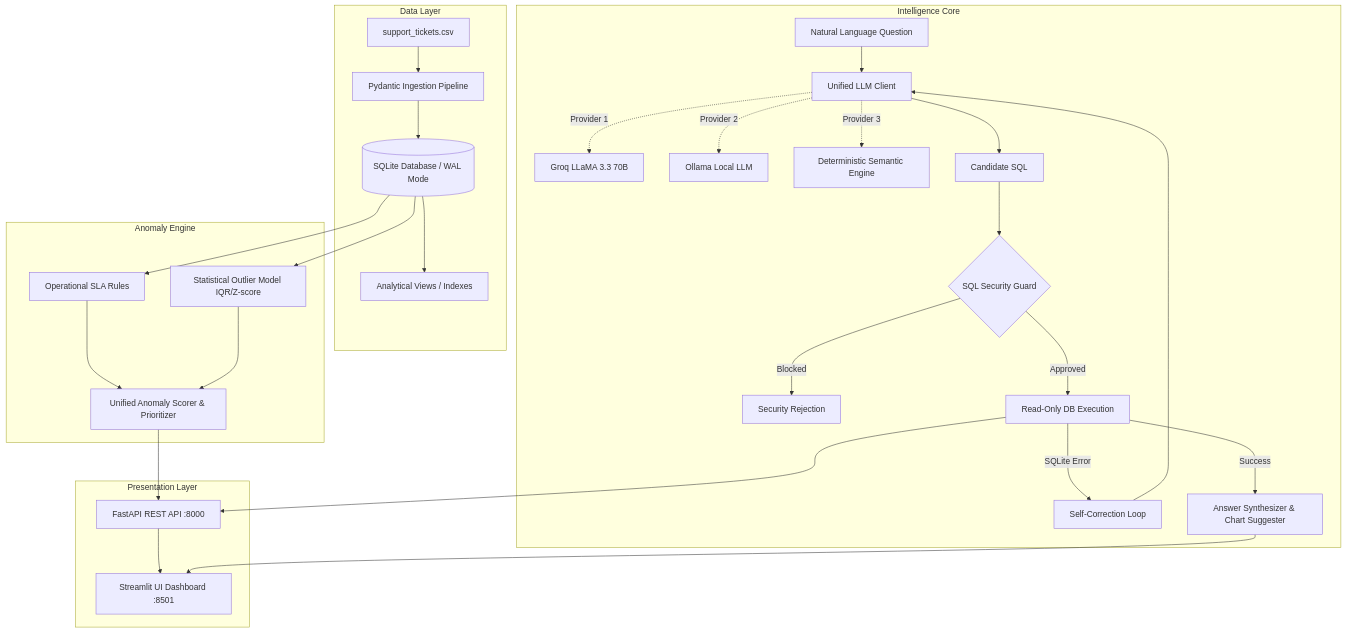
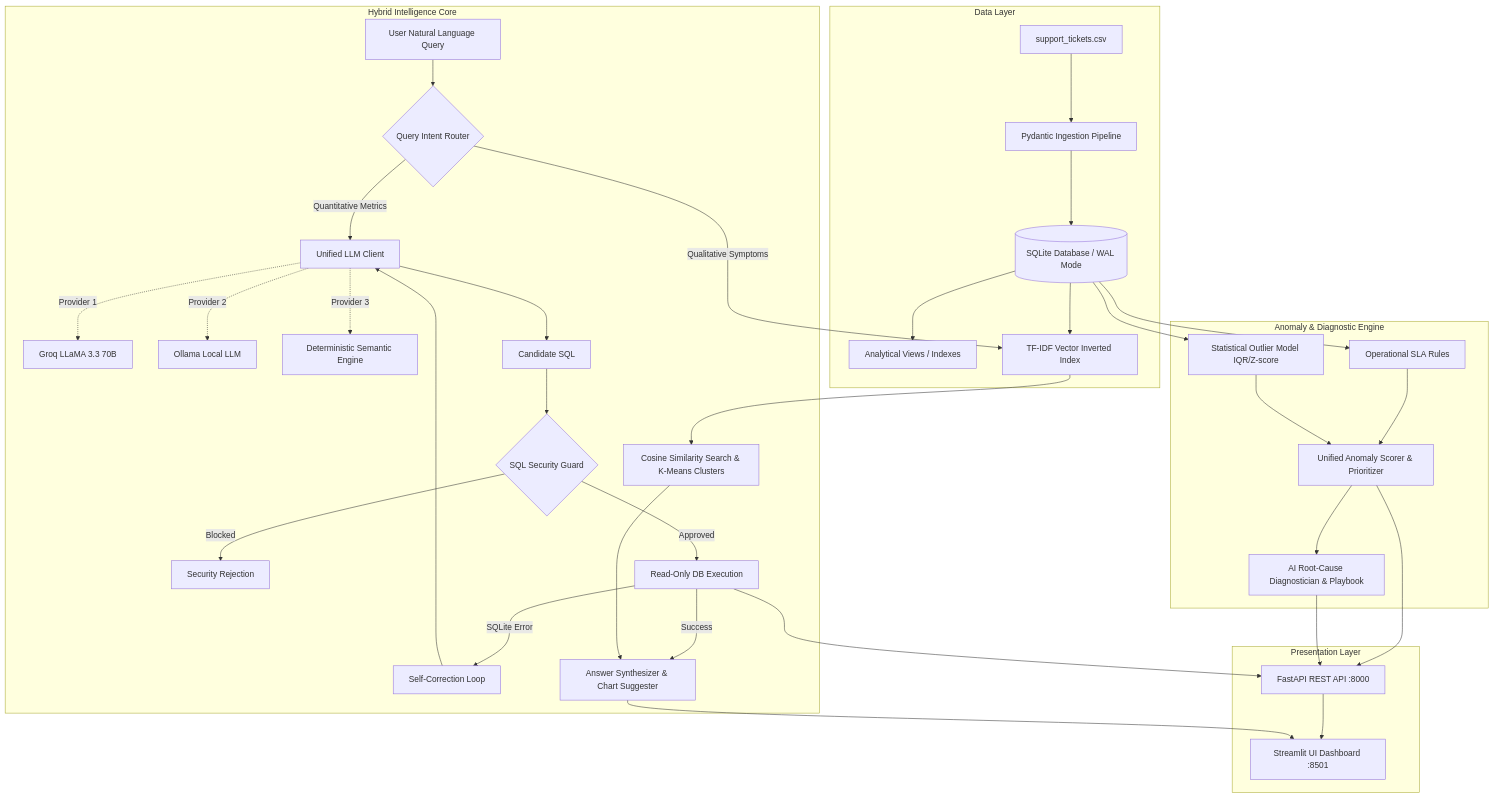
One commit to VortexQuasarX/support-ticket-intelligence changed the diagram in README.md. Above: the diagram before and after it, drawn with Mermaid. The commit also changed other lines of this file and 7 other files, not shown here.

Commit message:
feat: add semantic hybrid search, issue topic clustering, AI anomaly diagnostician, and evaluator benchmark suite

````diff
--- a/README.md
+++ b/README.md
@@ -40,39 +47,48 @@
 ```mermaid
 flowchart TD
     subgraph Data Layer
         CSV[support_tickets.csv] --> Ingestion[Pydantic Ingestion Pipeline]
         Ingestion --> SQLite[(SQLite Database / WAL Mode)]
         SQLite --> Views[Analytical Views / Indexes]
+        SQLite --> VectorIndex[TF-IDF Vector Inverted Index]
     end
 
-    subgraph Intelligence Core
-        NLQ[Natural Language Question] --> LLMClient[Unified LLM Client]
+    subgraph Hybrid Intelligence Core
+        UserQuery[User Natural Language Query] --> Router{Query Intent Router}
+        
+        Router -- Quantitative Metrics --> LLMClient[Unified LLM Client]
         LLMClient -. Provider 1 .-> Groq[Groq LLaMA 3.3 70B]
         LLMClient -. Provider 2 .-> Ollama[Ollama Local LLM]
         LLMClient -. Provider 3 .-> Fallback[Deterministic Semantic Engine]
         
         LLMClient --> SQLGen[Candidate SQL]
         SQLGen --> Guard{SQL Security Guard}
         Guard -- Blocked --> Reject[Security Rejection]
         Guard -- Approved --> DBExec[Read-Only DB Execution]
         DBExec -- SQLite Error --> Heal[Self-Correction Loop]
         Heal --> LLMClient
         DBExec -- Success --> Synthesizer[Answer Synthesizer & Chart Suggester]
+
+        Router -- Qualitative Symptoms --> VectorIndex
+        VectorIndex --> SemanticSearch[Cosine Similarity Search & K-Means Clusters]
+        SemanticSearch --> Synthesizer
     end
 
-    subgraph Anomaly Engine
+    subgraph Anomaly & Diagnostic Engine
         SQLite --> SLARules[Operational SLA Rules]
         SQLite --> StatModel[Statistical Outlier Model IQR/Z-score]
         SLARules --> AnomScorer[Unified Anomaly Scorer & Prioritizer]
         StatModel --> AnomScorer
+        AnomScorer --> AIDiag[AI Root-Cause Diagnostician & Playbook]
     end
 
     subgraph Presentation Layer
         FastAPI[FastAPI REST API :8000]
         Streamlit[Streamlit UI Dashboard :8501]
         DBExec --> FastAPI
         AnomScorer --> FastAPI
+        AIDiag --> FastAPI
         FastAPI --> Streamlit
         Synthesizer --> Streamlit
     end
 ```
````
